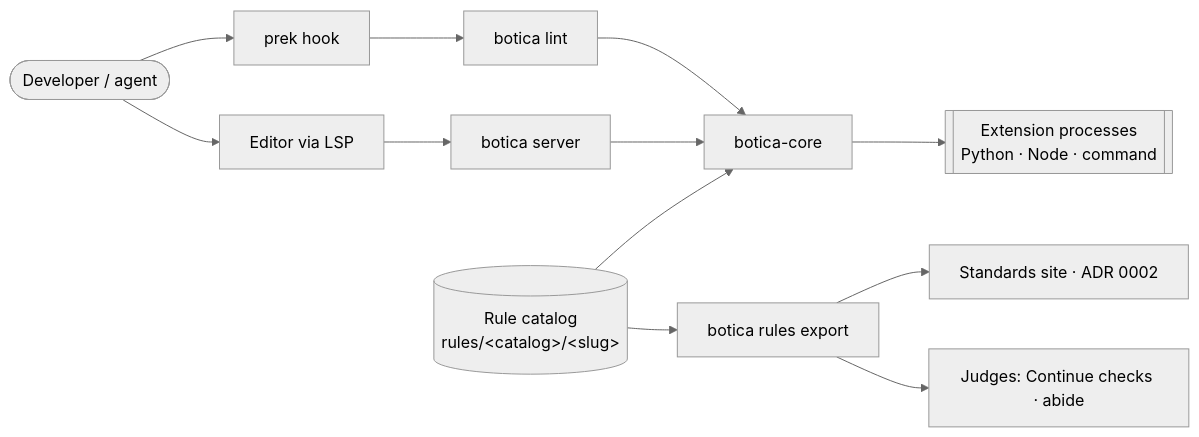
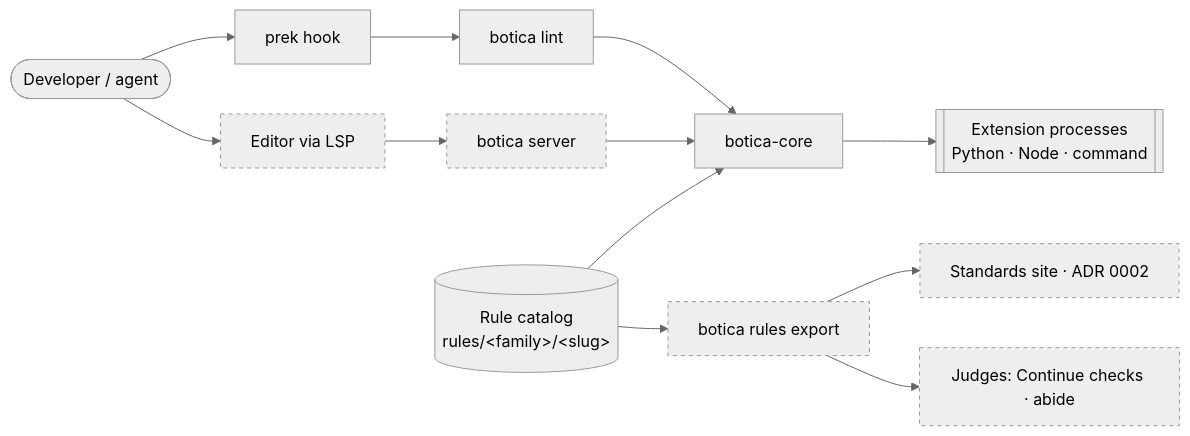
One commit to collectiveai-team/botica changed the first of 2 diagrams in docs/adr/0003-botica-lint-architecture.md. Above: the diagram before and after it, drawn with Mermaid (neutral theme). The commit also changed other lines of this file and 3 other files, not shown here.

````diff
--- a/docs/adr/0003-botica-lint-architecture.md
+++ b/docs/adr/0003-botica-lint-architecture.md
@@ -25,13 +25,14 @@
 ```mermaid
 flowchart LR
   dev([Developer / agent]) --> prek[prek hook]
-  dev --> ide[Editor via LSP]
+  dev --> ide[Editor via LSP]:::planned
   prek --> cli[botica lint]
-  ide --> lsp[botica server]
+  ide --> lsp[botica server]:::planned
   cli & lsp --> core[botica-core]
   core --> ext[[Extension processes<br/>Python · Node · command]]
-  catalog[(Rule catalog<br/>rules/&lt;catalog&gt;/&lt;slug&gt;)] --> core
-  catalog --> export[botica rules export]
-  export --> site[Standards site · ADR 0002]
-  export --> judges[Judges: Continue checks · abide]
+  catalog[(Rule catalog<br/>rules/&lt;family&gt;/&lt;slug&gt;)] --> core
+  catalog --> export[botica rules export]:::planned
+  export --> site[Standards site · ADR 0002]:::planned
+  export --> judges[Judges: Continue checks · abide]:::planned
+  classDef planned stroke-dasharray: 4 4
 ```
````
